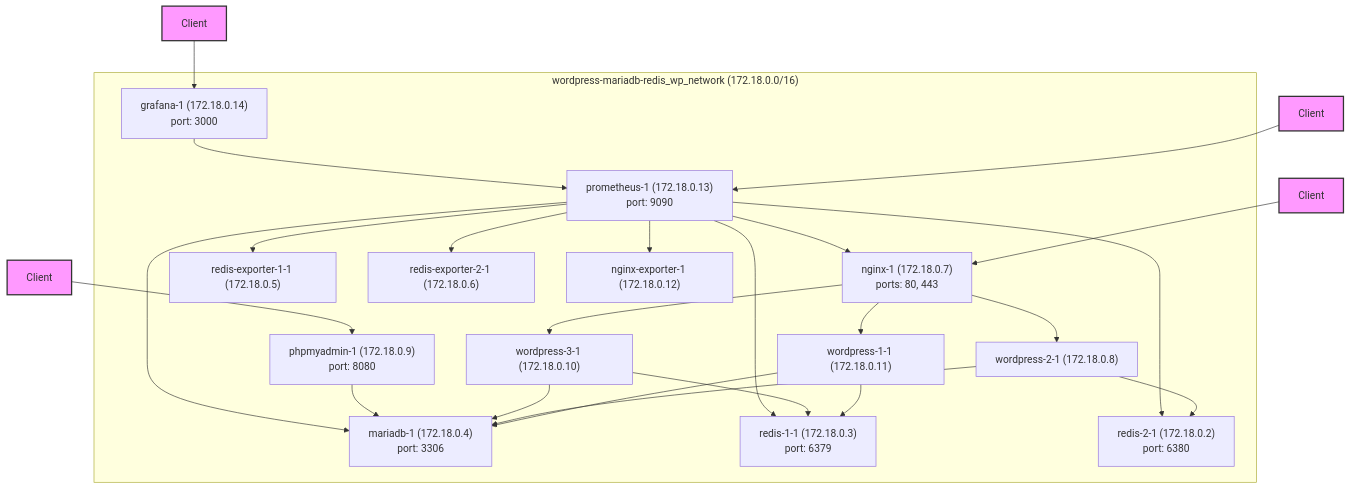
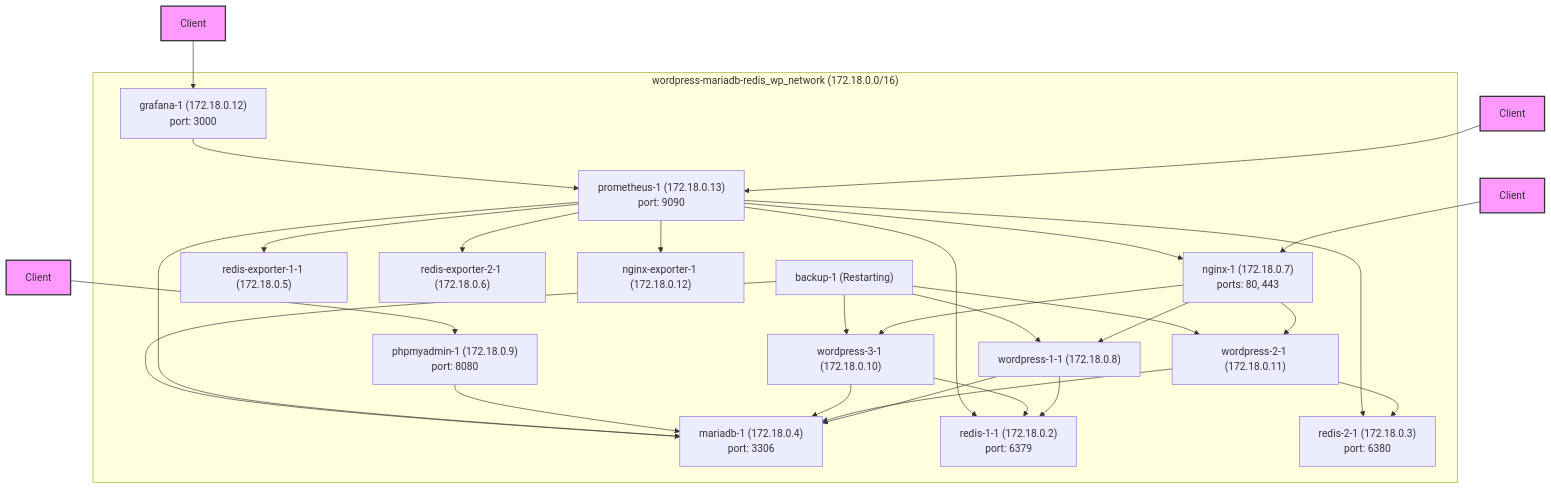
One commit to vuhung16au/awesome-compose changed the first of 2 diagrams in wordpress-mariadb-redis/docs/ARCHITECTURE.md. Above: the diagram before and after it, drawn with Mermaid. The commit also changed other lines of this file and 1 other file, not shown here.

````diff
--- a/wordpress-mariadb-redis/docs/ARCHITECTURE.md
+++ b/wordpress-mariadb-redis/docs/ARCHITECTURE.md
@@ -20,49 +21,55 @@
 ```mermaid
 graph TB
     subgraph "wordpress-mariadb-redis_wp_network (172.18.0.0/16)"
         NGINX["nginx-1 (172.18.0.7)\nports: 80, 443"]
-        WP1["wordpress-1-1 (172.18.0.11)"]
-        WP2["wordpress-2-1 (172.18.0.8)"]
+        WP1["wordpress-1-1 (172.18.0.8)"]
+        WP2["wordpress-2-1 (172.18.0.11)"]
         WP3["wordpress-3-1 (172.18.0.10)"]
         MARIADB["mariadb-1 (172.18.0.4)\nport: 3306"]
-        REDIS1["redis-1-1 (172.18.0.3)\nport: 6379"]
-        REDIS2["redis-2-1 (172.18.0.2)\nport: 6380"]
+        REDIS1["redis-1-1 (172.18.0.2)\nport: 6379"]
+        REDIS2["redis-2-1 (172.18.0.3)\nport: 6380"]
         PHPMYADMIN["phpmyadmin-1 (172.18.0.9)\nport: 8080"]
         PROMETHEUS["prometheus-1 (172.18.0.13)\nport: 9090"]
-        GRAFANA["grafana-1 (172.18.0.14)\nport: 3000"]
+        GRAFANA["grafana-1 (172.18.0.12)\nport: 3000"]
         REDIS_EXPORTER1["redis-exporter-1-1 (172.18.0.5)"]
         REDIS_EXPORTER2["redis-exporter-2-1 (172.18.0.6)"]
         NGINX_EXPORTER["nginx-exporter-1 (172.18.0.12)"]
+        BACKUP["backup-1 (Restarting)"]
     end
 
     client1[Client] --> NGINX
     client2[Client] --> PHPMYADMIN
     client3[Client] --> GRAFANA
     client4[Client] --> PROMETHEUS
 
     NGINX --> WP1
     NGINX --> WP2
     NGINX --> WP3
 
     WP1 --> MARIADB
     WP2 --> MARIADB
     WP3 --> MARIADB
 
     WP1 --> REDIS1
     WP2 --> REDIS2
     WP3 --> REDIS1
 
     PHPMYADMIN --> MARIADB
 
     PROMETHEUS --> REDIS1
     PROMETHEUS --> REDIS2
     PROMETHEUS --> MARIADB
     PROMETHEUS --> NGINX
     PROMETHEUS --> REDIS_EXPORTER1
     PROMETHEUS --> REDIS_EXPORTER2
     PROMETHEUS --> NGINX_EXPORTER
     GRAFANA --> PROMETHEUS
 
+    BACKUP --> MARIADB
+    BACKUP --> WP1
+    BACKUP --> WP2
+    BACKUP --> WP3
+
     classDef external fill:#f9f,stroke:#333,stroke-width:2px;
     class client1,client2,client3,client4 external;
 ```
````
